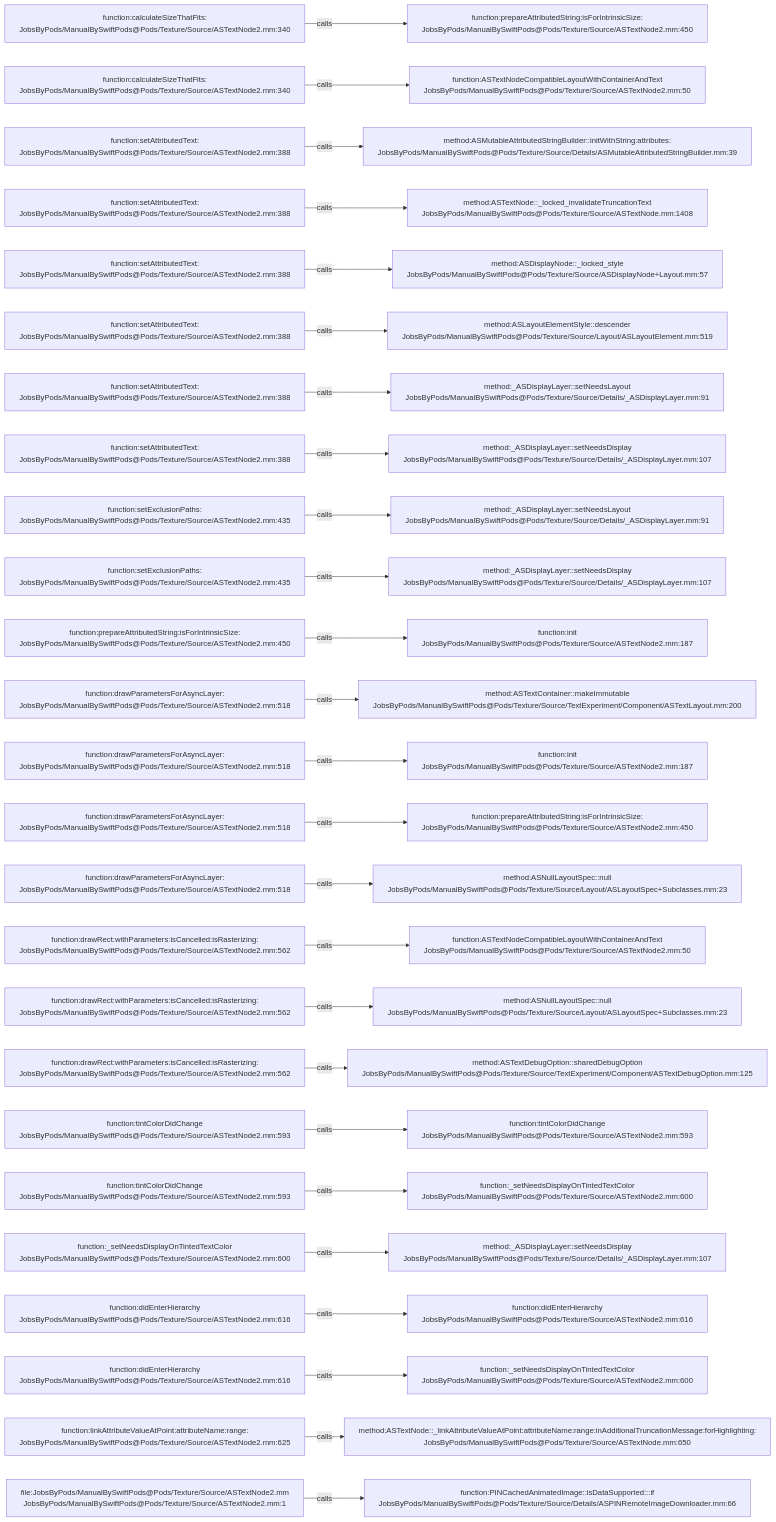
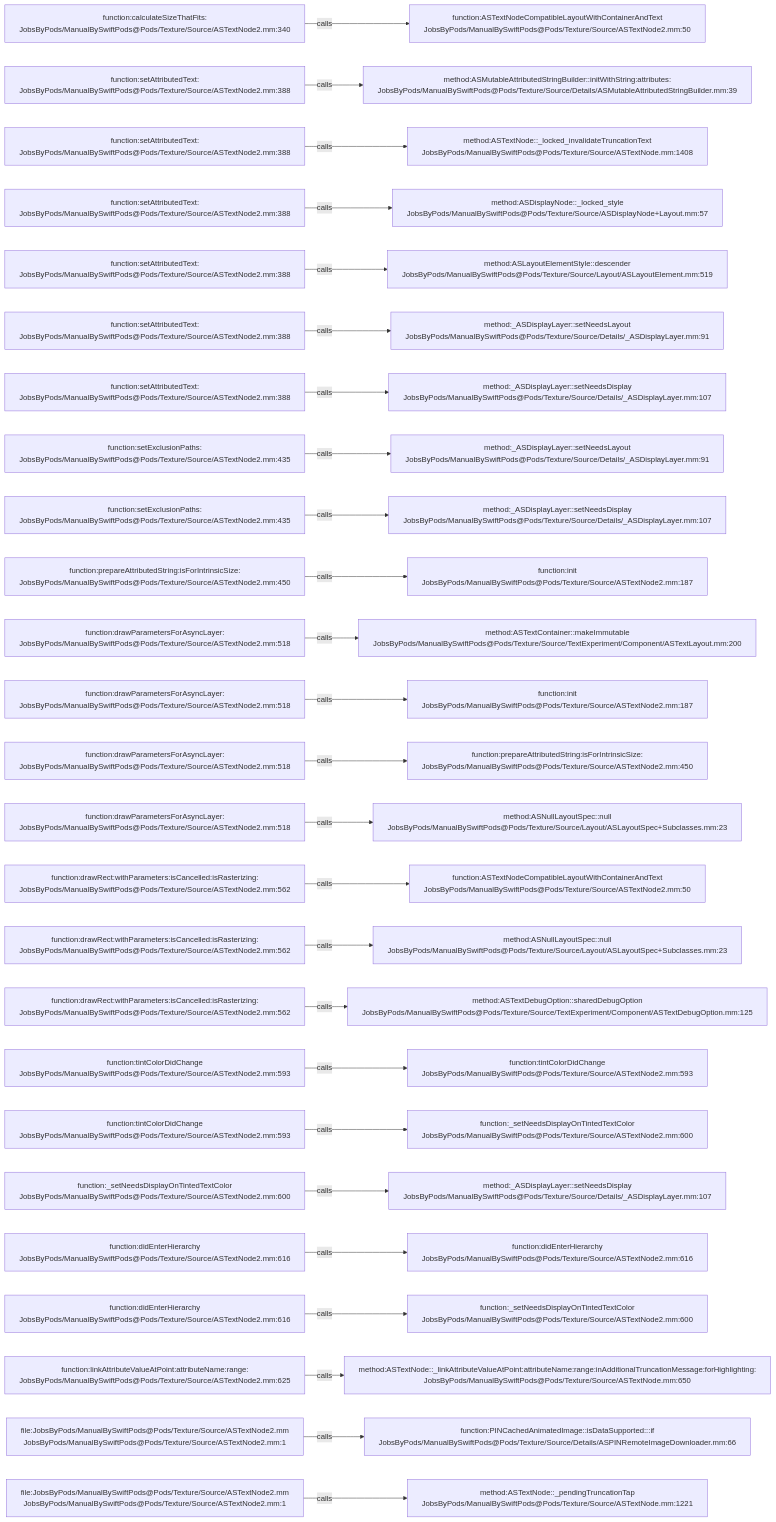
The diagram in .codegraph/codegraph.md/graphs/calls-071.md (JobsKits/JobsSwiftBaseConfigDemo), drawn with Mermaid before and after one commit. The commit also changed 747 other files, not shown here.

````diff
--- a/.codegraph/codegraph.md/graphs/calls-071.md
+++ b/.codegraph/codegraph.md/graphs/calls-071.md
@@ -13,78 +13,78 @@
 ```mermaid
 flowchart LR
   S1["function:calculateSizeThatFits:<br/>JobsByPods/ManualBySwiftPods@Pods/Texture/Source/ASTextNode2.mm:340"]
-  T1["function:prepareAttributedString:isForIntrinsicSize:<br/>JobsByPods/ManualBySwiftPods@Pods/Texture/Source/ASTextNode2.mm:450"]
+  T1["function:ASTextNodeCompatibleLayoutWithContainerAndText<br/>JobsByPods/ManualBySwiftPods@Pods/Texture/Source/ASTextNode2.mm:50"]
   S1 -->|calls| T1
-  S2["function:calculateSizeThatFits:<br/>JobsByPods/ManualBySwiftPods@Pods/Texture/Source/ASTextNode2.mm:340"]
-  T2["function:ASTextNodeCompatibleLayoutWithContainerAndText<br/>JobsByPods/ManualBySwiftPods@Pods/Texture/Source/ASTextNode2.mm:50"]
+  S2["function:setAttributedText:<br/>JobsByPods/ManualBySwiftPods@Pods/Texture/Source/ASTextNode2.mm:388"]
+  T2["method:ASMutableAttributedStringBuilder::initWithString:attributes:<br/>JobsByPods/ManualBySwiftPods@Pods/Texture/Source/Details/ASMutableAttributedStringBuilder.mm:39"]
   S2 -->|calls| T2
   S3["function:setAttributedText:<br/>JobsByPods/ManualBySwiftPods@Pods/Texture/Source/ASTextNode2.mm:388"]
-  T3["method:ASMutableAttributedStringBuilder::initWithString:attributes:<br/>JobsByPods/ManualBySwiftPods@Pods/Texture/Source/Details/ASMutableAttributedStringBuilder.mm:39"]
+  T3["method:ASTextNode::_locked_invalidateTruncationText<br/>JobsByPods/ManualBySwiftPods@Pods/Texture/Source/ASTextNode.mm:1408"]
   S3 -->|calls| T3
   S4["function:setAttributedText:<br/>JobsByPods/ManualBySwiftPods@Pods/Texture/Source/ASTextNode2.mm:388"]
-  T4["method:ASTextNode::_locked_invalidateTruncationText<br/>JobsByPods/ManualBySwiftPods@Pods/Texture/Source/ASTextNode.mm:1408"]
+  T4["method:ASDisplayNode::_locked_style<br/>JobsByPods/ManualBySwiftPods@Pods/Texture/Source/ASDisplayNode+Layout.mm:57"]
   S4 -->|calls| T4
   S5["function:setAttributedText:<br/>JobsByPods/ManualBySwiftPods@Pods/Texture/Source/ASTextNode2.mm:388"]
-  T5["method:ASDisplayNode::_locked_style<br/>JobsByPods/ManualBySwiftPods@Pods/Texture/Source/ASDisplayNode+Layout.mm:57"]
+  T5["method:ASLayoutElementStyle::descender<br/>JobsByPods/ManualBySwiftPods@Pods/Texture/Source/Layout/ASLayoutElement.mm:519"]
   S5 -->|calls| T5
   S6["function:setAttributedText:<br/>JobsByPods/ManualBySwiftPods@Pods/Texture/Source/ASTextNode2.mm:388"]
-  T6["method:ASLayoutElementStyle::descender<br/>JobsByPods/ManualBySwiftPods@Pods/Texture/Source/Layout/ASLayoutElement.mm:519"]
+  T6["method:_ASDisplayLayer::setNeedsLayout<br/>JobsByPods/ManualBySwiftPods@Pods/Texture/Source/Details/_ASDisplayLayer.mm:91"]
   S6 -->|calls| T6
   S7["function:setAttributedText:<br/>JobsByPods/ManualBySwiftPods@Pods/Texture/Source/ASTextNode2.mm:388"]
-  T7["method:_ASDisplayLayer::setNeedsLayout<br/>JobsByPods/ManualBySwiftPods@Pods/Texture/Source/Details/_ASDisplayLayer.mm:91"]
+  T7["method:_ASDisplayLayer::setNeedsDisplay<br/>JobsByPods/ManualBySwiftPods@Pods/Texture/Source/Details/_ASDisplayLayer.mm:107"]
   S7 -->|calls| T7
-  S8["function:setAttributedText:<br/>JobsByPods/ManualBySwiftPods@Pods/Texture/Source/ASTextNode2.mm:388"]
-  T8["method:_ASDisplayLayer::setNeedsDisplay<br/>JobsByPods/ManualBySwiftPods@Pods/Texture/Source/Details/_ASDisplayLayer.mm:107"]
+  S8["function:setExclusionPaths:<br/>JobsByPods/ManualBySwiftPods@Pods/Texture/Source/ASTextNode2.mm:435"]
+  T8["method:_ASDisplayLayer::setNeedsLayout<br/>JobsByPods/ManualBySwiftPods@Pods/Texture/Source/Details/_ASDisplayLayer.mm:91"]
   S8 -->|calls| T8
   S9["function:setExclusionPaths:<br/>JobsByPods/ManualBySwiftPods@Pods/Texture/Source/ASTextNode2.mm:435"]
-  T9["method:_ASDisplayLayer::setNeedsLayout<br/>JobsByPods/ManualBySwiftPods@Pods/Texture/Source/Details/_ASDisplayLayer.mm:91"]
+  T9["method:_ASDisplayLayer::setNeedsDisplay<br/>JobsByPods/ManualBySwiftPods@Pods/Texture/Source/Details/_ASDisplayLayer.mm:107"]
   S9 -->|calls| T9
-  S10["function:setExclusionPaths:<br/>JobsByPods/ManualBySwiftPods@Pods/Texture/Source/ASTextNode2.mm:435"]
-  T10["method:_ASDisplayLayer::setNeedsDisplay<br/>JobsByPods/ManualBySwiftPods@Pods/Texture/Source/Details/_ASDisplayLayer.mm:107"]
+  S10["function:prepareAttributedString:isForIntrinsicSize:<br/>JobsByPods/ManualBySwiftPods@Pods/Texture/Source/ASTextNode2.mm:450"]
+  T10["function:init<br/>JobsByPods/ManualBySwiftPods@Pods/Texture/Source/ASTextNode2.mm:187"]
   S10 -->|calls| T10
-  S11["function:prepareAttributedString:isForIntrinsicSize:<br/>JobsByPods/ManualBySwiftPods@Pods/Texture/Source/ASTextNode2.mm:450"]
-  T11["function:init<br/>JobsByPods/ManualBySwiftPods@Pods/Texture/Source/ASTextNode2.mm:187"]
+  S11["function:drawParametersForAsyncLayer:<br/>JobsByPods/ManualBySwiftPods@Pods/Texture/Source/ASTextNode2.mm:518"]
+  T11["method:ASTextContainer::makeImmutable<br/>JobsByPods/ManualBySwiftPods@Pods/Texture/Source/TextExperiment/Component/ASTextLayout.mm:200"]
   S11 -->|calls| T11
   S12["function:drawParametersForAsyncLayer:<br/>JobsByPods/ManualBySwiftPods@Pods/Texture/Source/ASTextNode2.mm:518"]
-  T12["method:ASTextContainer::makeImmutable<br/>JobsByPods/ManualBySwiftPods@Pods/Texture/Source/TextExperiment/Component/ASTextLayout.mm:200"]
+  T12["function:init<br/>JobsByPods/ManualBySwiftPods@Pods/Texture/Source/ASTextNode2.mm:187"]
   S12 -->|calls| T12
   S13["function:drawParametersForAsyncLayer:<br/>JobsByPods/ManualBySwiftPods@Pods/Texture/Source/ASTextNode2.mm:518"]
-  T13["function:init<br/>JobsByPods/ManualBySwiftPods@Pods/Texture/Source/ASTextNode2.mm:187"]
+  T13["function:prepareAttributedString:isForIntrinsicSize:<br/>JobsByPods/ManualBySwiftPods@Pods/Texture/Source/ASTextNode2.mm:450"]
   S13 -->|calls| T13
   S14["function:drawParametersForAsyncLayer:<br/>JobsByPods/ManualBySwiftPods@Pods/Texture/Source/ASTextNode2.mm:518"]
-  T14["function:prepareAttributedString:isForIntrinsicSize:<br/>JobsByPods/ManualBySwiftPods@Pods/Texture/Source/ASTextNode2.mm:450"]
+  T14["method:ASNullLayoutSpec::null<br/>JobsByPods/ManualBySwiftPods@Pods/Texture/Source/Layout/ASLayoutSpec+Subclasses.mm:23"]
   S14 -->|calls| T14
-  S15["function:drawParametersForAsyncLayer:<br/>JobsByPods/ManualBySwiftPods@Pods/Texture/Source/ASTextNode2.mm:518"]
-  T15["method:ASNullLayoutSpec::null<br/>JobsByPods/ManualBySwiftPods@Pods/Texture/Source/Layout/ASLayoutSpec+Subclasses.mm:23"]
+  S15["function:drawRect:withParameters:isCancelled:isRasterizing:<br/>JobsByPods/ManualBySwiftPods@Pods/Texture/Source/ASTextNode2.mm:562"]
+  T15["function:ASTextNodeCompatibleLayoutWithContainerAndText<br/>JobsByPods/ManualBySwiftPods@Pods/Texture/Source/ASTextNode2.mm:50"]
   S15 -->|calls| T15
   S16["function:drawRect:withParameters:isCancelled:isRasterizing:<br/>JobsByPods/ManualBySwiftPods@Pods/Texture/Source/ASTextNode2.mm:562"]
-  T16["function:ASTextNodeCompatibleLayoutWithContainerAndText<br/>JobsByPods/ManualBySwiftPods@Pods/Texture/Source/ASTextNode2.mm:50"]
+  T16["method:ASNullLayoutSpec::null<br/>JobsByPods/ManualBySwiftPods@Pods/Texture/Source/Layout/ASLayoutSpec+Subclasses.mm:23"]
   S16 -->|calls| T16
   S17["function:drawRect:withParameters:isCancelled:isRasterizing:<br/>JobsByPods/ManualBySwiftPods@Pods/Texture/Source/ASTextNode2.mm:562"]
-  T17["method:ASNullLayoutSpec::null<br/>JobsByPods/ManualBySwiftPods@Pods/Texture/Source/Layout/ASLayoutSpec+Subclasses.mm:23"]
+  T17["method:ASTextDebugOption::sharedDebugOption<br/>JobsByPods/ManualBySwiftPods@Pods/Texture/Source/TextExperiment/Component/ASTextDebugOption.mm:125"]
   S17 -->|calls| T17
-  S18["function:drawRect:withParameters:isCancelled:isRasterizing:<br/>JobsByPods/ManualBySwiftPods@Pods/Texture/Source/ASTextNode2.mm:562"]
-  T18["method:ASTextDebugOption::sharedDebugOption<br/>JobsByPods/ManualBySwiftPods@Pods/Texture/Source/TextExperiment/Component/ASTextDebugOption.mm:125"]
+  S18["function:tintColorDidChange<br/>JobsByPods/ManualBySwiftPods@Pods/Texture/Source/ASTextNode2.mm:593"]
+  T18["function:tintColorDidChange<br/>JobsByPods/ManualBySwiftPods@Pods/Texture/Source/ASTextNode2.mm:593"]
   S18 -->|calls| T18
   S19["function:tintColorDidChange<br/>JobsByPods/ManualBySwiftPods@Pods/Texture/Source/ASTextNode2.mm:593"]
-  T19["function:tintColorDidChange<br/>JobsByPods/ManualBySwiftPods@Pods/Texture/Source/ASTextNode2.mm:593"]
+  T19["function:_setNeedsDisplayOnTintedTextColor<br/>JobsByPods/ManualBySwiftPods@Pods/Texture/Source/ASTextNode2.mm:600"]
   S19 -->|calls| T19
-  S20["function:tintColorDidChange<br/>JobsByPods/ManualBySwiftPods@Pods/Texture/Source/ASTextNode2.mm:593"]
-  T20["function:_setNeedsDisplayOnTintedTextColor<br/>JobsByPods/ManualBySwiftPods@Pods/Texture/Source/ASTextNode2.mm:600"]
+  S20["function:_setNeedsDisplayOnTintedTextColor<br/>JobsByPods/ManualBySwiftPods@Pods/Texture/Source/ASTextNode2.mm:600"]
+  T20["method:_ASDisplayLayer::setNeedsDisplay<br/>JobsByPods/ManualBySwiftPods@Pods/Texture/Source/Details/_ASDisplayLayer.mm:107"]
   S20 -->|calls| T20
-  S21["function:_setNeedsDisplayOnTintedTextColor<br/>JobsByPods/ManualBySwiftPods@Pods/Texture/Source/ASTextNode2.mm:600"]
-  T21["method:_ASDisplayLayer::setNeedsDisplay<br/>JobsByPods/ManualBySwiftPods@Pods/Texture/Source/Details/_ASDisplayLayer.mm:107"]
+  S21["function:didEnterHierarchy<br/>JobsByPods/ManualBySwiftPods@Pods/Texture/Source/ASTextNode2.mm:616"]
+  T21["function:didEnterHierarchy<br/>JobsByPods/ManualBySwiftPods@Pods/Texture/Source/ASTextNode2.mm:616"]
   S21 -->|calls| T21
   S22["function:didEnterHierarchy<br/>JobsByPods/ManualBySwiftPods@Pods/Texture/Source/ASTextNode2.mm:616"]
-  T22["function:didEnterHierarchy<br/>JobsByPods/ManualBySwiftPods@Pods/Texture/Source/ASTextNode2.mm:616"]
+  T22["function:_setNeedsDisplayOnTintedTextColor<br/>JobsByPods/ManualBySwiftPods@Pods/Texture/Source/ASTextNode2.mm:600"]
   S22 -->|calls| T22
-  S23["function:didEnterHierarchy<br/>JobsByPods/ManualBySwiftPods@Pods/Texture/Source/ASTextNode2.mm:616"]
-  T23["function:_setNeedsDisplayOnTintedTextColor<br/>JobsByPods/ManualBySwiftPods@Pods/Texture/Source/ASTextNode2.mm:600"]
+  S23["function:linkAttributeValueAtPoint:attributeName:range:<br/>JobsByPods/ManualBySwiftPods@Pods/Texture/Source/ASTextNode2.mm:625"]
+  T23["method:ASTextNode::_linkAttributeValueAtPoint:attributeName:range:inAdditionalTruncationMessage:forHighlighting:<br/>JobsByPods/ManualBySwiftPods@Pods/Texture/Source/ASTextNode.mm:650"]
   S23 -->|calls| T23
-  S24["function:linkAttributeValueAtPoint:attributeName:range:<br/>JobsByPods/ManualBySwiftPods@Pods/Texture/Source/ASTextNode2.mm:625"]
-  T24["method:ASTextNode::_linkAttributeValueAtPoint:attributeName:range:inAdditionalTruncationMessage:forHighlighting:<br/>JobsByPods/ManualBySwiftPods@Pods/Texture/Source/ASTextNode.mm:650"]
+  S24["file:JobsByPods/ManualBySwiftPods@Pods/Texture/Source/ASTextNode2.mm<br/>JobsByPods/ManualBySwiftPods@Pods/Texture/Source/ASTextNode2.mm:1"]
+  T24["function:PINCachedAnimatedImage::isDataSupported:::if<br/>JobsByPods/ManualBySwiftPods@Pods/Texture/Source/Details/ASPINRemoteImageDownloader.mm:66"]
   S24 -->|calls| T24
   S25["file:JobsByPods/ManualBySwiftPods@Pods/Texture/Source/ASTextNode2.mm<br/>JobsByPods/ManualBySwiftPods@Pods/Texture/Source/ASTextNode2.mm:1"]
-  T25["function:PINCachedAnimatedImage::isDataSupported:::if<br/>JobsByPods/ManualBySwiftPods@Pods/Texture/Source/Details/ASPINRemoteImageDownloader.mm:66"]
+  T25["method:ASTextNode::_pendingTruncationTap<br/>JobsByPods/ManualBySwiftPods@Pods/Texture/Source/ASTextNode.mm:1221"]
   S25 -->|calls| T25
 ```
````
